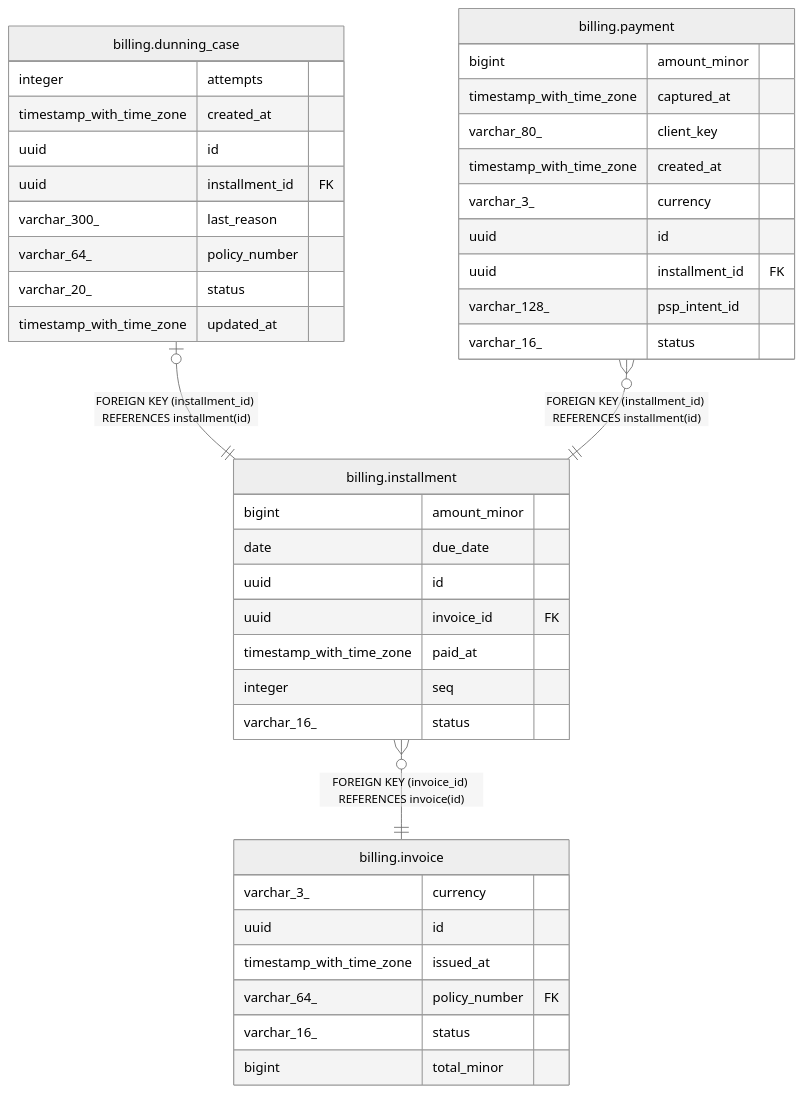
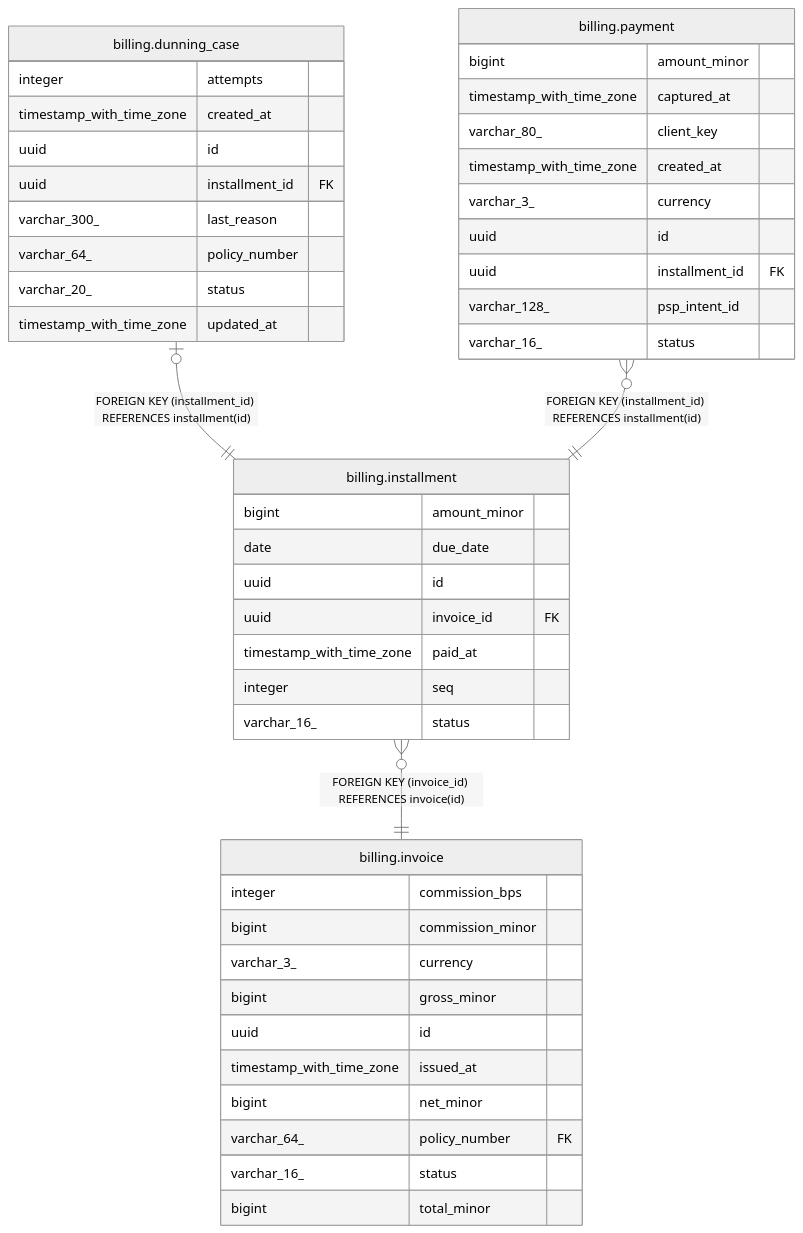
The diagram in docs/data-model/billing.installment.md (andrelair-platform/ktayl-core), drawn with Mermaid (neutral theme) before and after one commit. The commit also changed 22 other files, not shown here.

First line of the commit message:
feat(billing): split premium into gross/net/commission (BILL-012b) (#80)

````diff
--- a/docs/data-model/billing.installment.md
+++ b/docs/data-model/billing.installment.md
@@ -34,46 +34,50 @@
 ```mermaid
 erDiagram
 
 "billing.dunning_case" |o--|| "billing.installment" : "FOREIGN KEY (installment_id) REFERENCES installment(id)"
 "billing.payment" }o--|| "billing.installment" : "FOREIGN KEY (installment_id) REFERENCES installment(id)"
 "billing.installment" }o--|| "billing.invoice" : "FOREIGN KEY (invoice_id) REFERENCES invoice(id)"
 
 "billing.installment" {
   bigint amount_minor
   date due_date
   uuid id
   uuid invoice_id FK
   timestamp_with_time_zone paid_at
   integer seq
   varchar_16_ status
 }
 "billing.dunning_case" {
   integer attempts
   timestamp_with_time_zone created_at
   uuid id
   uuid installment_id FK
   varchar_300_ last_reason
   varchar_64_ policy_number
   varchar_20_ status
   timestamp_with_time_zone updated_at
 }
 "billing.payment" {
   bigint amount_minor
   timestamp_with_time_zone captured_at
   varchar_80_ client_key
   timestamp_with_time_zone created_at
   varchar_3_ currency
   uuid id
   uuid installment_id FK
   varchar_128_ psp_intent_id
   varchar_16_ status
 }
 "billing.invoice" {
+  integer commission_bps
+  bigint commission_minor
   varchar_3_ currency
+  bigint gross_minor
   uuid id
   timestamp_with_time_zone issued_at
+  bigint net_minor
   varchar_64_ policy_number FK
   varchar_16_ status
   bigint total_minor
 }
 ```
````
